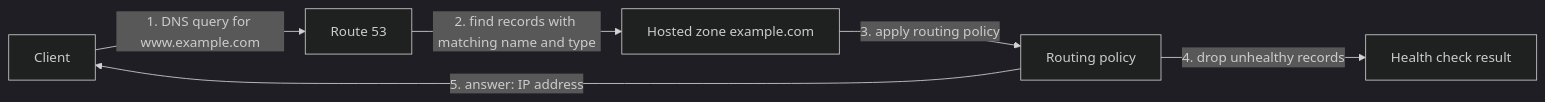
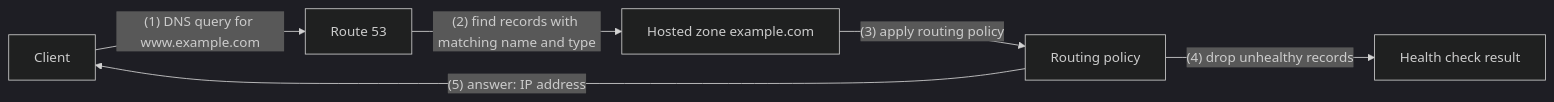
Before and after one commit to firmanains/Belajar: the second of 3 diagrams in AWS/SAA/route53/route-53.md, drawn with Mermaid (dark theme). The commit also changed other lines of this file and 14 other files, not shown here.

First line of the commit message:
Fix Mermaid labels that rendered as "Unsupported markdown"

````diff
--- a/AWS/SAA/route53/route-53.md
+++ b/AWS/SAA/route53/route-53.md
@@ -75,8 +75,8 @@
 ```mermaid
 flowchart LR
-  c["Client"] -->|"1. DNS query for www.example.com"| r53["Route 53"]
-  r53 -->|"2. find records with matching name and type"| hz["Hosted zone example.com"]
-  hz -->|"3. apply routing policy"| pol["Routing policy"]
-  pol -->|"4. drop unhealthy records"| hc["Health check result"]
-  pol -->|"5. answer: IP address"| c
+  c["Client"] -->|"(1) DNS query for www#46;example.com"| r53["Route 53"]
+  r53 -->|"(2) find records with matching name and type"| hz["Hosted zone example.com"]
+  hz -->|"(3) apply routing policy"| pol["Routing policy"]
+  pol -->|"(4) drop unhealthy records"| hc["Health check result"]
+  pol -->|"(5) answer: IP address"| c
 ```
````
